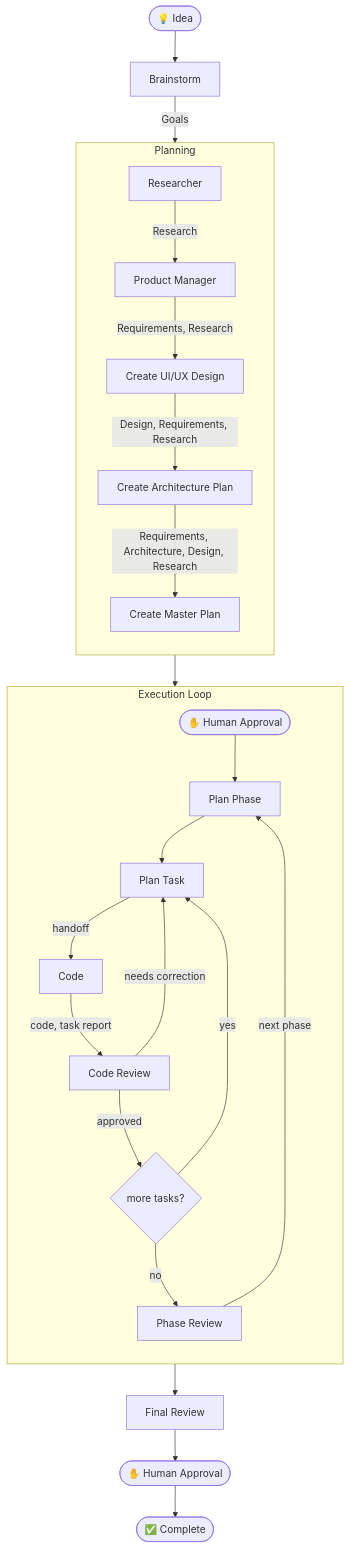
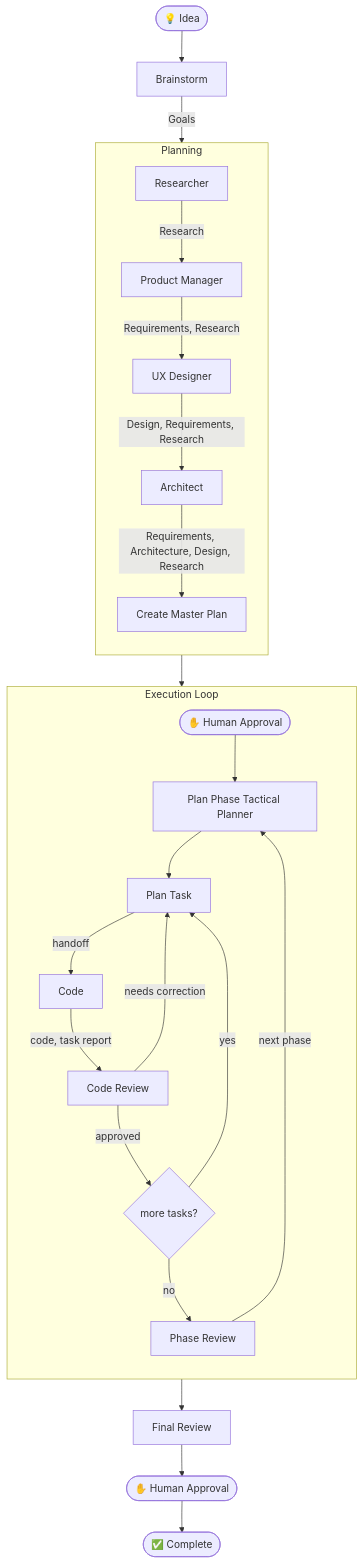
Before and after one commit to hdc8890/RadOrchestration: the diagram in README.md, drawn with Mermaid.

Commit message:
Update roles in planning and execution sections

````diff
--- a/README.md
+++ b/README.md
@@ -11,32 +11,32 @@
 ```mermaid
 flowchart TD
     START([💡 Idea]) --> BRAINSTORM[Brainstorm]
     BRAINSTORM --> |Goals| RESEARCH
 
     subgraph PLANNING [Planning]
         direction TB
         RESEARCH[Researcher] --> |Research| PRD[Product Manager]
-        PRD --> |Requirements, Research| DESIGN[Create UI/UX Design]
-        DESIGN --> |Design, Requirements, Research| ARCH[Create Architecture Plan]
+        PRD --> |Requirements, Research| DESIGN[UX Designer]
+        DESIGN --> |Design, Requirements, Research| ARCH[Architect]
         ARCH --> |Requirements, Architecture, Design, Research| MASTERPLAN[Create Master Plan]
     end
 
     MASTERPLAN --> GATE1(["✋ Human Approval"])
 
     subgraph EXECUTION [Execution Loop]
         direction TB
-        GATE1 --> PHASE[Plan Phase]
+        GATE1 --> PHASE[Plan Phase Tactical Planner]
         PHASE --> HANDOFF[Plan Task]
         HANDOFF --> |handoff| CODE[Code]
         CODE --> |code, task report|REVIEW[Code Review]
         REVIEW -->|needs correction | HANDOFF
         REVIEW -->|approved| MORETASKS{more tasks?}
         MORETASKS -->|yes| HANDOFF
         MORETASKS -->|no| PHASEREVIEW[Phase Review]
         PHASEREVIEW -->|next phase| PHASE
     end
 
     PHASEREVIEW --> FINAL[Final Review]
     FINAL --> GATE2(["✋ Human Approval"])
     GATE2 --> DONE([✅ Complete])
 ```
````
